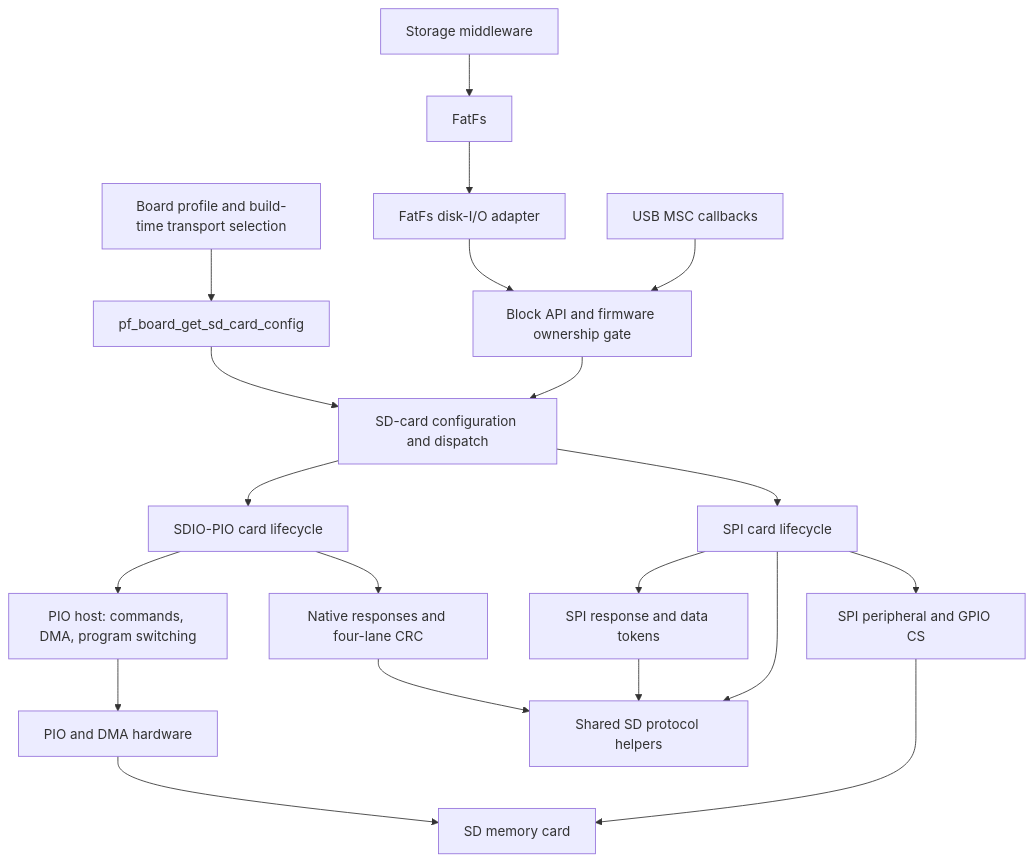
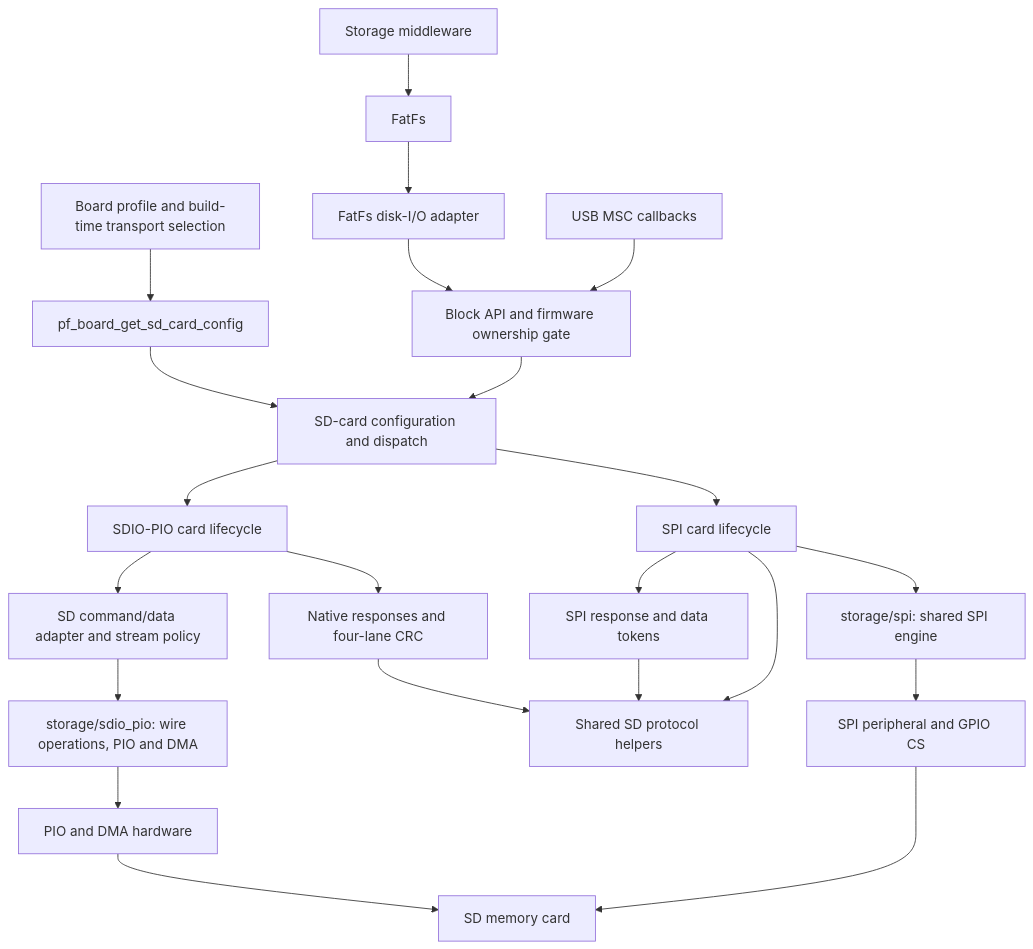
One commit to djwinter29-oss/PicoForge changed the first of 5 diagrams in docs/sdcard-design.md. Above: the diagram before and after it, drawn with Mermaid. The commit also changed other lines of this file and 49 other files, not shown here.

````diff
--- a/docs/sdcard-design.md
+++ b/docs/sdcard-design.md
@@ -15,22 +60,24 @@
 ```mermaid
 flowchart TD
     Board[Board profile and build-time transport selection] --> Config[pf_board_get_sd_card_config]
     Config --> Card[SD-card configuration and dispatch]
     Storage[Storage middleware] --> FatFs[FatFs]
     FatFs --> Disk[FatFs disk-I/O adapter]
     Disk --> Gate[Block API and firmware ownership gate]
     MSC[USB MSC callbacks] --> Gate
     Gate --> Card
     Card --> Native[SDIO-PIO card lifecycle]
     Card --> SPI[SPI card lifecycle]
-    Native --> Host[PIO host: commands, DMA, program switching]
+    Native --> Host[SD command/data adapter and stream policy]
     Native --> NativeProtocol[Native responses and four-lane CRC]
     SPI --> SPIProtocol[SPI response and data tokens]
     NativeProtocol --> Shared[Shared SD protocol helpers]
     SPIProtocol --> Shared
     SPI --> Shared
-    Host --> PIO[PIO and DMA hardware]
-    SPI --> Peripheral[SPI peripheral and GPIO CS]
+    Host --> NativeBus[storage/sdio_pio: wire operations, PIO and DMA]
+    NativeBus --> PIO[PIO and DMA hardware]
+    SPI --> SerialBus[storage/spi: shared SPI engine]
+    SerialBus --> Peripheral[SPI peripheral and GPIO CS]
     PIO --> Media[SD memory card]
     Peripheral --> Media
 ```
````
